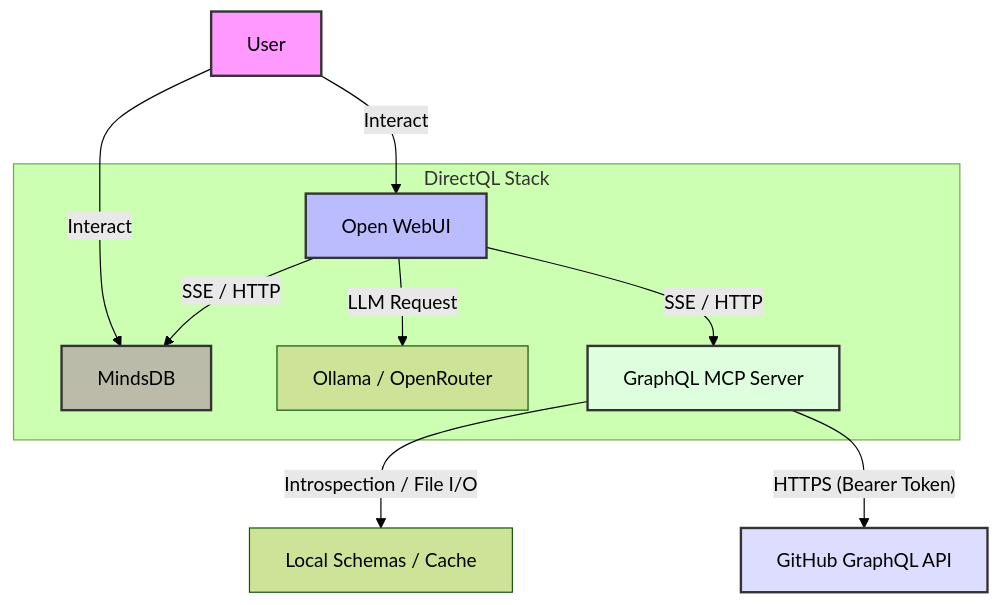
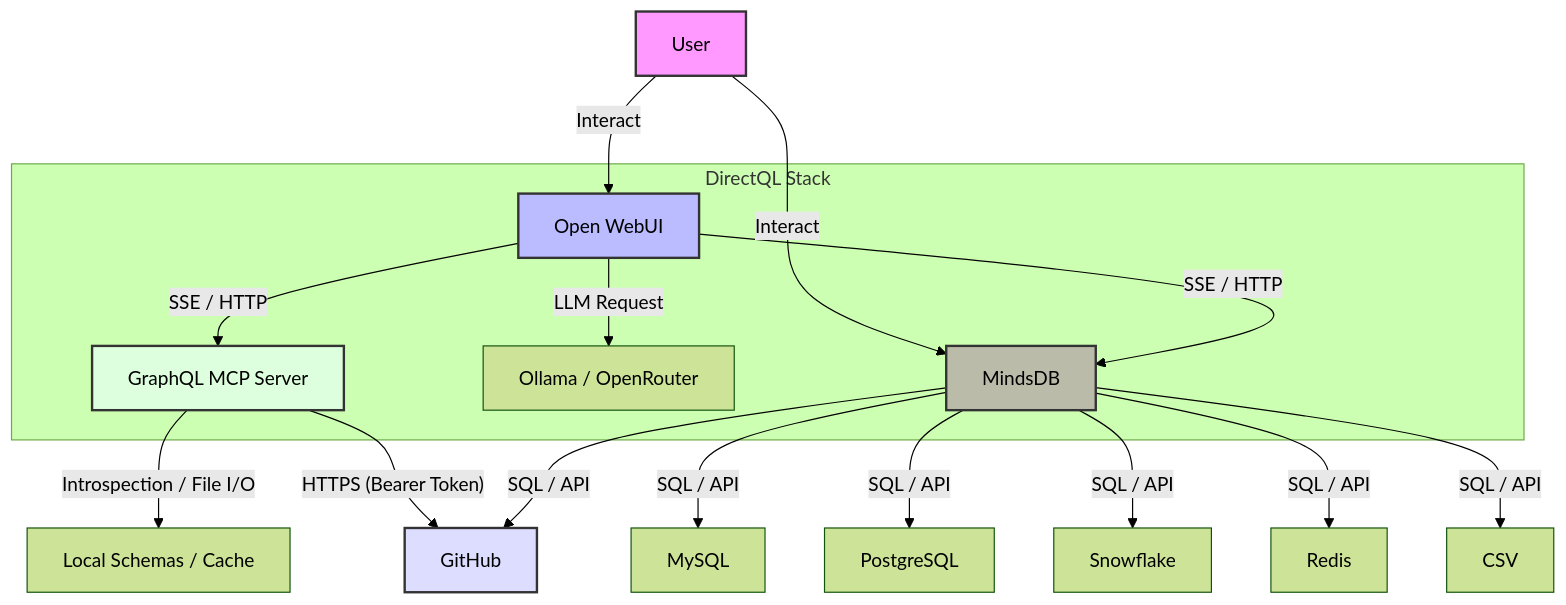
Before and after one commit to andreibesleaga/DirectQL: the first of 2 diagrams in README.md, drawn with Mermaid (forest theme).

Commit message:
DirectQL - change: docs

````diff
--- a/README.md
+++ b/README.md
@@ -29,25 +29,31 @@
 ```mermaid
 graph TD
     User[User] -->|Interact| UI[Open WebUI]
     User[User] -->|Interact| DB[MindsDB]
 
     UI -->|LLM Request| Ollama[Ollama / OpenRouter]
     UI -->|SSE / HTTP| MCP[GraphQL MCP Server]
     UI -->|SSE / HTTP| DB[MindsDB]
 
     subgraph "DirectQL Stack"
         UI
         MCP
         DB
         Ollama
     end
 
     MCP -->|Introspection / File I/O| Schema[Local Schemas / Cache]
     MCP -- "HTTPS (Bearer Token)" --> GitHub[GitHub GraphQL API]
+    DB -->|SQL / API| MySQL[MySQL]
+    DB -->|SQL / API| PostgreSQL[PostgreSQL]
+    DB -->|SQL / API| Snowflake[Snowflake]
+    DB -->|SQL / API| Redis[Redis]
+    DB -->|SQL / API| CSV[CSV]
+    DB -->|SQL / API| GitHub[GitHub]
 
     style User fill:#f9f,stroke:#333,stroke-width:2px
     style UI fill:#bbf,stroke:#333,stroke-width:2px
     style MCP fill:#dfd,stroke:#333,stroke-width:2px
     style DB fill:#bba,stroke:#333,stroke-width:2px
     style GitHub fill:#ddf,stroke:#333,stroke-width:2px
 ```
````
